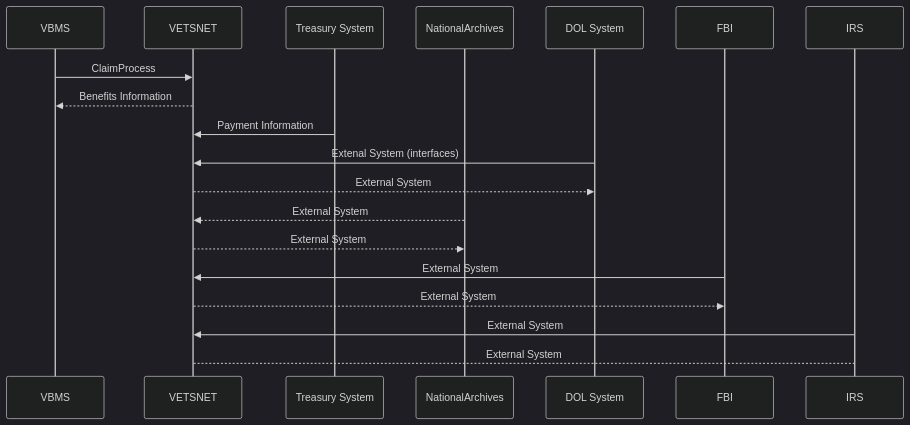
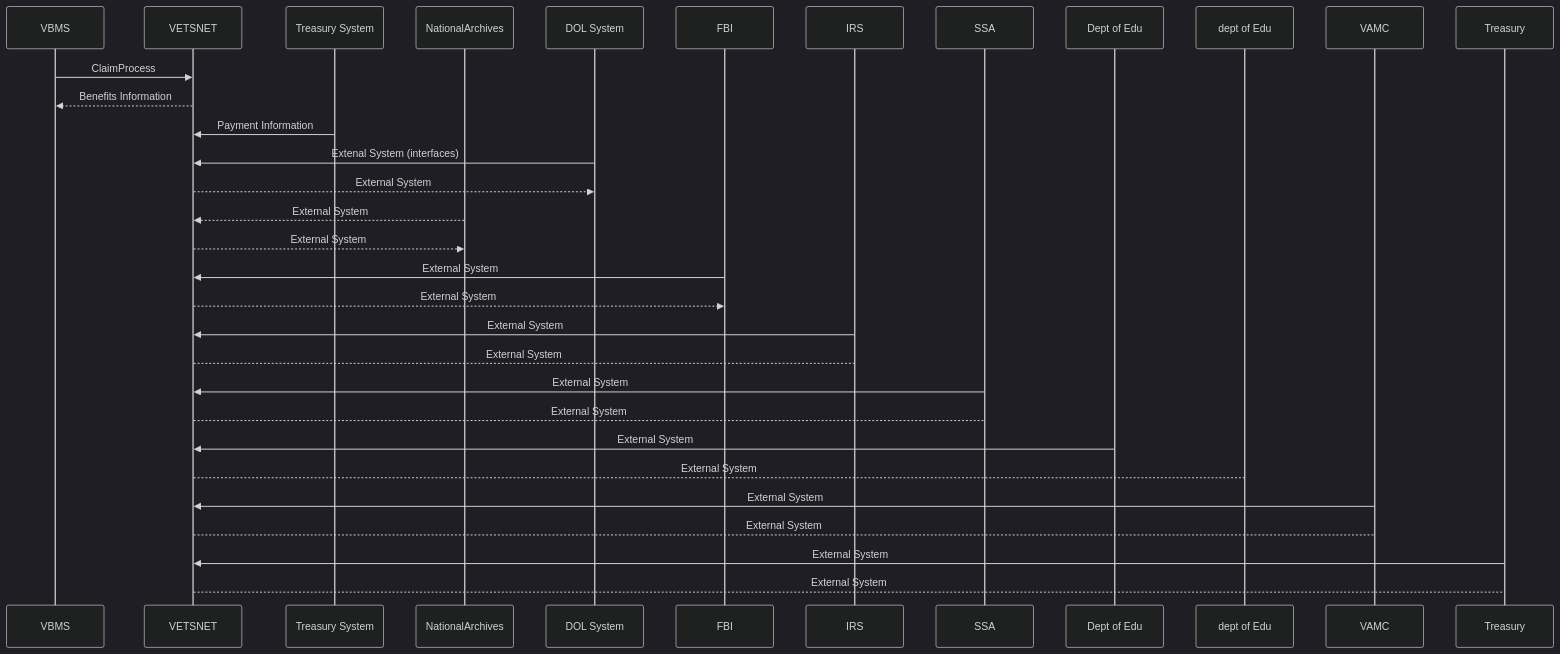
The diagram in Veterans Service Network.md (RickyJe/VBMS), drawn with Mermaid (dark theme) before and after one commit.

Commit message:
Update Veterans Service Network.md

````diff
--- a/Veterans Service Network.md
+++ b/Veterans Service Network.md
@@ -1,19 +1,27 @@
 ```mermaid
 sequenceDiagram
     Participant VBMS
     Participant VETSNET
     Participant Treasury System
     Participant NationalArchives
     Participant DOL System
     VBMS ->> VETSNET: ClaimProcess
     VETSNET -->> VBMS: Benefits Information
     Treasury System ->> VETSNET:  Payment Information
     DOL System ->> VETSNET :Extenal System (interfaces)
     VETSNET -->> DOL System : External System
     NationalArchives -->> VETSNET : External System
     VETSNET -->> NationalArchives: External System
     FBI ->> VETSNET : External System
     VETSNET -->> FBI : External System
     IRS->> VETSNET : External System
     VETSNET --> IRS: External System
+    SSA->> VETSNET : External System
+    VETSNET --> SSA: External System
+    Dept of Edu->> VETSNET : External System
+    VETSNET --> dept of Edu: External System 
+    VAMC ->> VETSNET : External System
+    VETSNET --> VAMC: External System
+    Treasury ->> VETSNET : External System
+    VETSNET --> Treasury: External System
 ```
````
